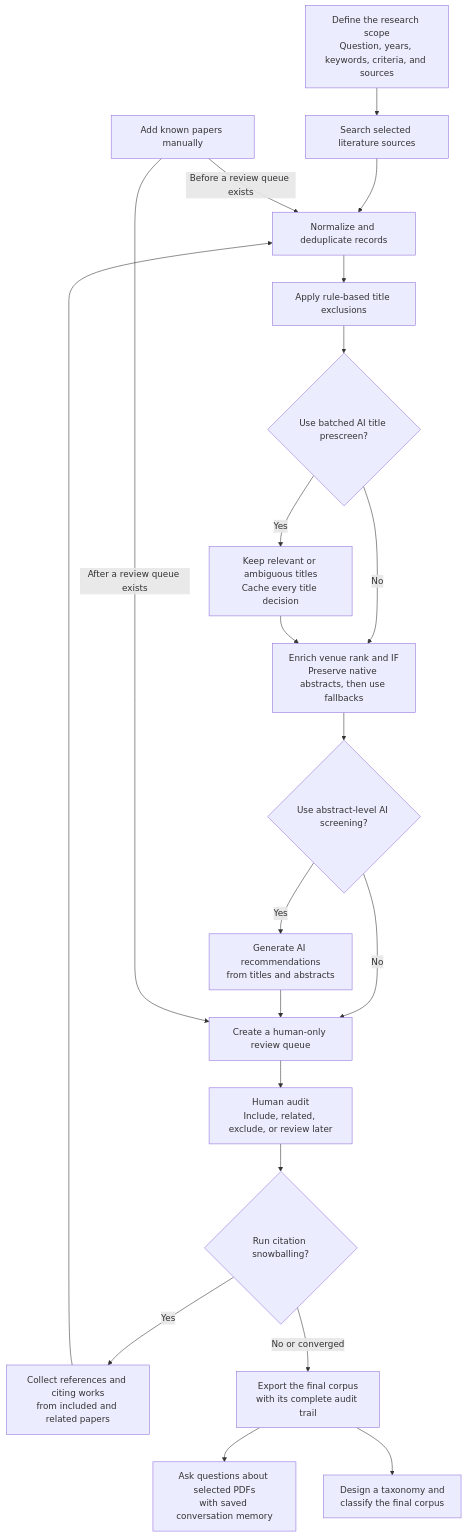
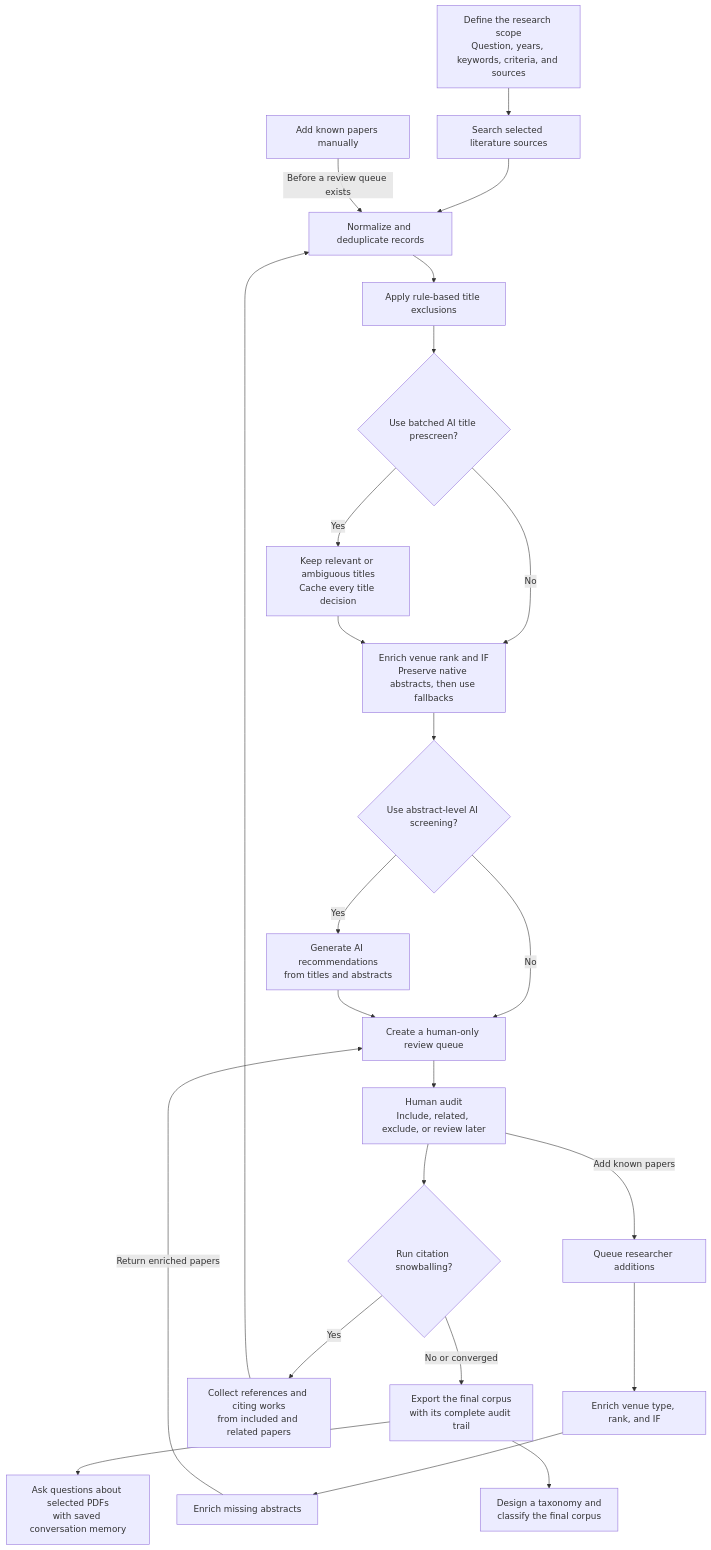
Before and after one commit to yo4c5ama/survey-tool: the diagram in README.md, drawn with Mermaid. The commit also changed other lines of this file and 7 other files, not shown here.

````diff
--- a/README.md
+++ b/README.md
@@ -12,23 +12,26 @@
 ```mermaid
 flowchart TD
     A["Define the research scope<br/>Question, years, keywords, criteria, and sources"] --> B["Search selected literature sources"]
     B --> C["Normalize and deduplicate records"]
     P["Add known papers manually"] -- "Before a review queue exists" --> C
     C --> E["Apply rule-based title exclusions"]
     E --> T{"Use batched AI title prescreen?"}
     T -- Yes --> U["Keep relevant or ambiguous titles<br/>Cache every title decision"]
     T -- No --> D["Enrich venue rank and IF<br/>Preserve native abstracts, then use fallbacks"]
     U --> D
     D --> F{"Use abstract-level AI screening?"}
     F -- Yes --> G["Generate AI recommendations<br/>from titles and abstracts"]
     F -- No --> H["Create a human-only review queue"]
     G --> H
-    P -- "After a review queue exists" --> H
     H --> I["Human audit<br/>Include, related, exclude, or review later"]
+    I -- "Add known papers" --> Q["Queue researcher additions"]
+    Q --> V["Enrich venue type, rank, and IF"]
+    V --> W["Enrich missing abstracts"]
+    W -- "Return enriched papers" --> H
     I --> J{"Run citation snowballing?"}
     J -- Yes --> K["Collect references and citing works<br/>from included and related papers"]
     K --> C
     J -- "No or converged" --> L["Export the final corpus<br/>with its complete audit trail"]
     L --> M["Ask questions about selected PDFs<br/>with saved conversation memory"]
     L --> N["Design a taxonomy and<br/>classify the final corpus"]
 ```
````
